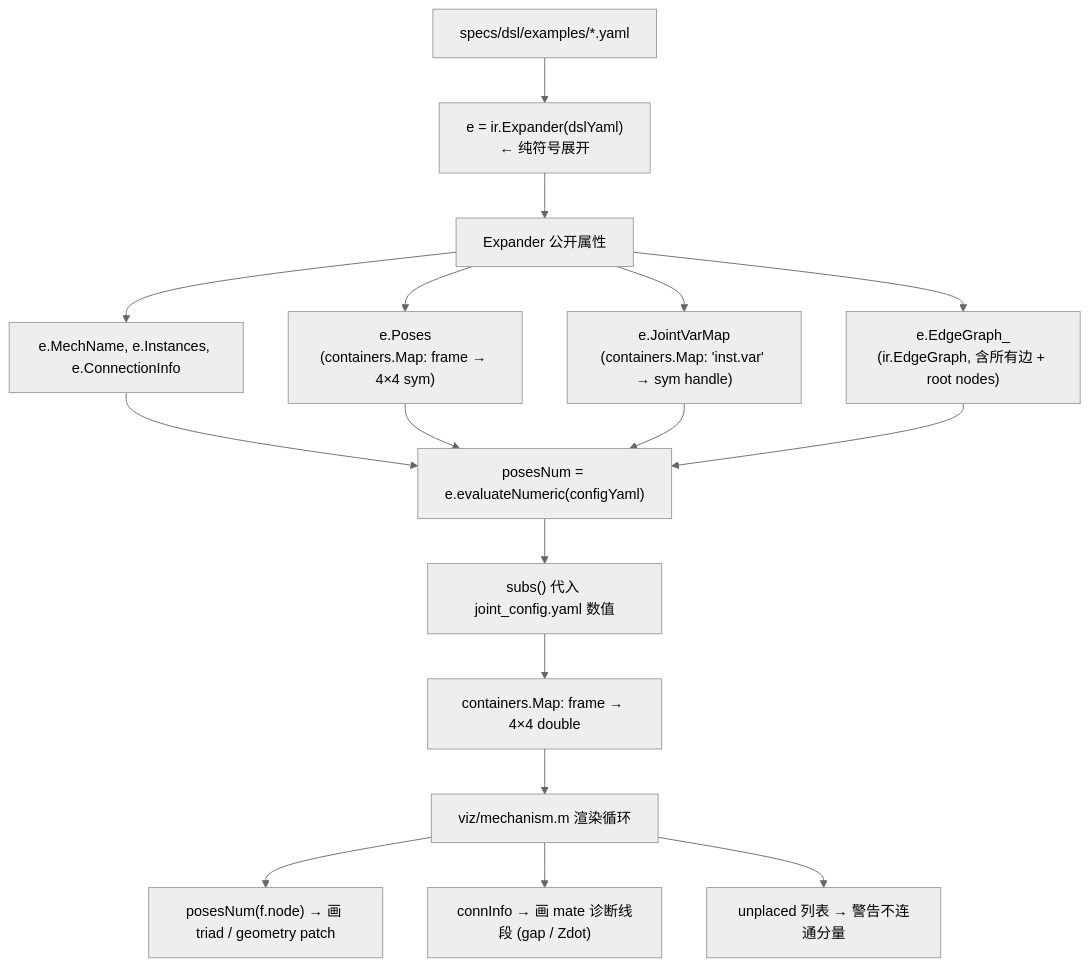
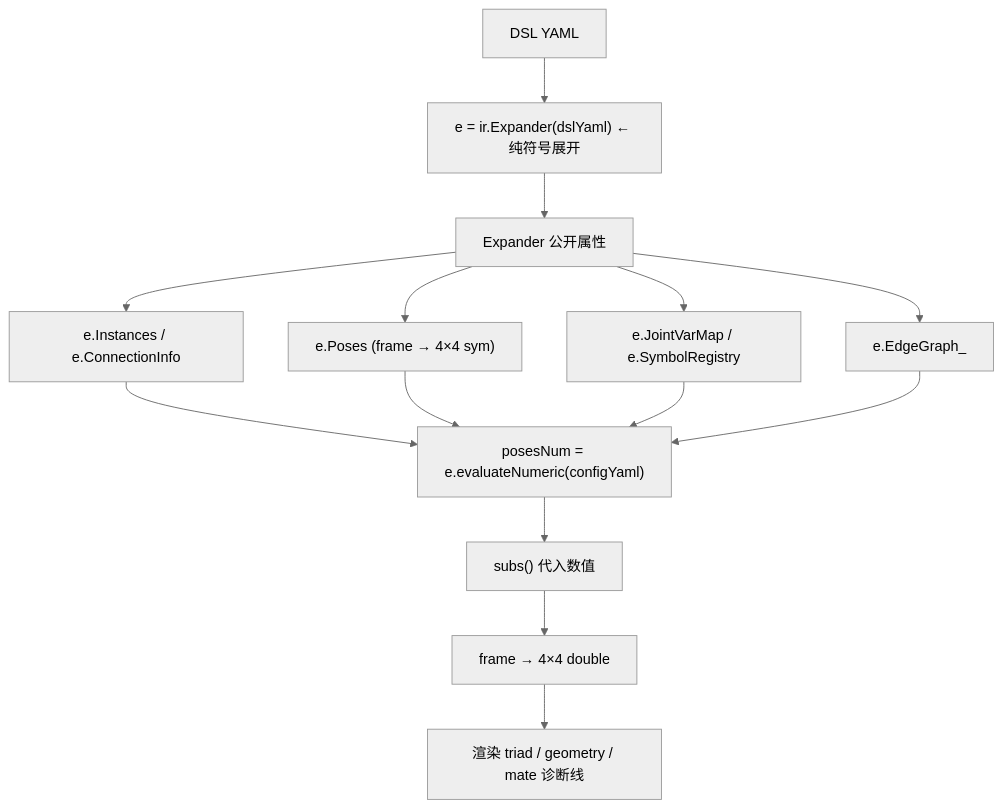
The second of 6 diagrams in scripts/matlab/ARCHITECTURE.md (Axiom117/symbolic-modular-kinematics), drawn with Mermaid (neutral theme) before and after one commit. The commit also changed other lines of this file and 18 other files, not shown here.

````diff
--- a/scripts/matlab/ARCHITECTURE.md
+++ b/scripts/matlab/ARCHITECTURE.md
@@ -128,16 +108,13 @@
 ```mermaid
 flowchart TD
-    A["specs/dsl/examples/*.yaml"] --> B["e = ir.Expander(dslYaml)<br/>← 纯符号展开"]
+    A["DSL YAML"] --> B["e = ir.Expander(dslYaml) ← 纯符号展开"]
     B --> C["Expander 公开属性"]
-    C --> D1["e.MechName, e.Instances, e.ConnectionInfo"]
-    C --> D2["e.Poses<br/>(containers.Map: frame → 4×4 sym)"]
-    C --> D3["e.JointVarMap<br/>(containers.Map: 'inst.var' → sym handle)"]
-    C --> D4["e.EdgeGraph_<br/>(ir.EdgeGraph, 含所有边 + root nodes)"]
+    C --> D1["e.Instances / e.ConnectionInfo"]
+    C --> D2["e.Poses (frame → 4×4 sym)"]
+    C --> D3["e.JointVarMap / e.SymbolRegistry"]
+    C --> D4["e.EdgeGraph_"]
     D1 & D2 & D3 & D4 --> E["posesNum = e.evaluateNumeric(configYaml)"]
-    E --> F["subs() 代入 joint_config.yaml 数值"]
-    F --> G["containers.Map: frame → 4×4 double"]
-    G --> H["viz/mechanism.m 渲染循环"]
-    H --> I1["posesNum(f.node) → 画 triad / geometry patch"]
-    H --> I2["connInfo → 画 mate 诊断线段 (gap / Zdot)"]
-    H --> I3["unplaced 列表 → 警告不连通分量"]
+    E --> F["subs() 代入数值"]
+    F --> G["frame → 4×4 double"]
+    G --> H["渲染 triad / geometry / mate 诊断线"]
 ```
````
